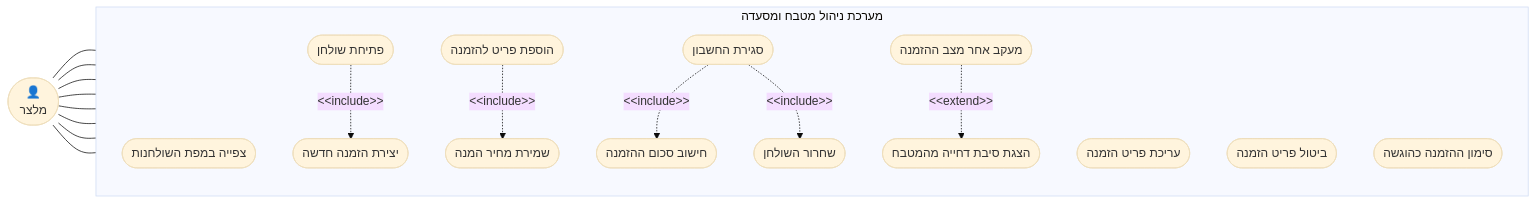
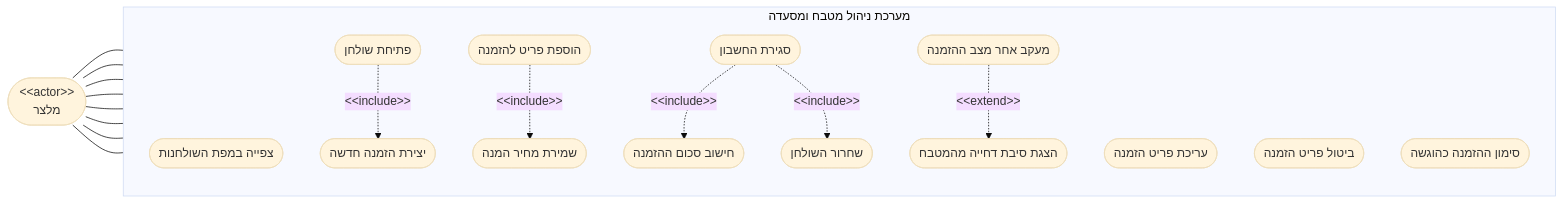
Before and after one commit to RonZaretsky/Restaurant-Kitchen-Management-System: the diagram in מסמכים/הגשה/diagrams/usecase-waiter.md, drawn with Mermaid (base theme). The commit also changed 10 other files, not shown here.

````diff
--- a/מסמכים/הגשה/diagrams/usecase-waiter.md
+++ b/מסמכים/הגשה/diagrams/usecase-waiter.md
@@ -3,31 +3,31 @@
 ```mermaid
 flowchart LR
-    waiter(["👤<br/>מלצר"])
+    waiter(["&lt;&lt;actor&gt;&gt;<br/>מלצר"])
 
     subgraph SYS["מערכת ניהול מטבח ומסעדה"]
         direction TB
         UC1(["צפייה במפת השולחנות"])
         UC2(["פתיחת שולחן"])
         UC3(["הוספת פריט להזמנה"])
         UC4(["עריכת פריט הזמנה"])
         UC5(["ביטול פריט הזמנה"])
         UC6(["מעקב אחר מצב ההזמנה"])
         UC7(["סימון ההזמנה כהוגשה"])
         UC8(["סגירת החשבון"])
 
         UC2 -.->|"&lt;&lt;include&gt;&gt;"| UC9(["יצירת הזמנה חדשה"])
         UC3 -.->|"&lt;&lt;include&gt;&gt;"| UC10(["שמירת מחיר המנה"])
         UC8 -.->|"&lt;&lt;include&gt;&gt;"| UC11(["חישוב סכום ההזמנה"])
         UC8 -.->|"&lt;&lt;include&gt;&gt;"| UC12(["שחרור השולחן"])
         UC6 -.->|"&lt;&lt;extend&gt;&gt;"| UC13(["הצגת סיבת דחייה מהמטבח"])
     end
 
     waiter --- UC1
     waiter --- UC2
     waiter --- UC3
     waiter --- UC4
     waiter --- UC5
     waiter --- UC6
     waiter --- UC7
     waiter --- UC8
 ```
````
